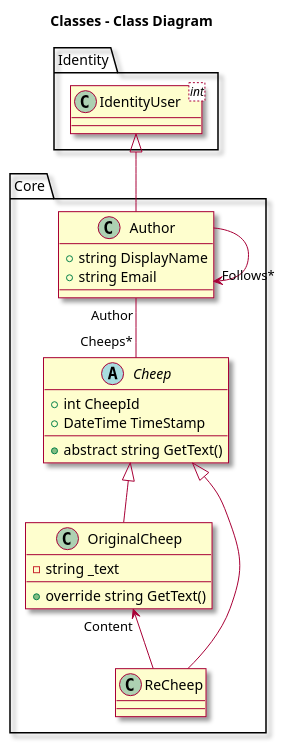
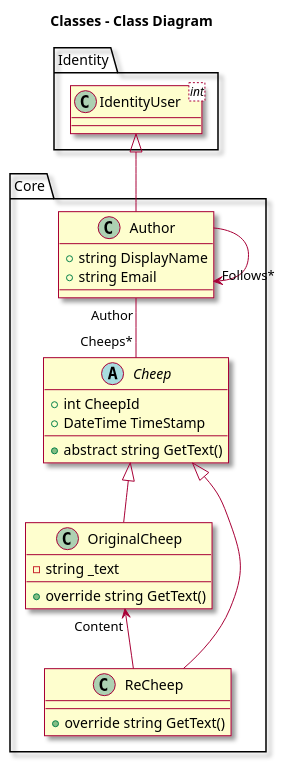
The first of 14 diagrams in docs/report.md (ITU-BDSA2024-GROUP14/Chirp), drawn with PlantUML before and after one commit.

Commit message:
Add line to class diagram

````diff
--- a/docs/report.md
+++ b/docs/report.md
@@ -29,38 +29,40 @@
 ```plantUML
 @startuml
 
 skin rose
 
 title Classes - Class Diagram
 
 package Identity{
   class IdentityUser<int>
 }
 
 package Core {
   class Author {
     +string DisplayName
     +string Email
   }
   
   abstract class Cheep {
     +int CheepId
     +DateTime TimeStamp
     +abstract string GetText()
   }
   class OriginalCheep {
     -string _text
     +override string GetText()
   }
-  class ReCheep
+  class ReCheep {
+      +override string GetText()
+  }
 }
 
 Author "Author" -- "Cheeps*" Cheep
 Author --> "Follows*"Author
 Cheep <|-- OriginalCheep
 Cheep <|-- ReCheep
 OriginalCheep "Content" <-- ReCheep
 IdentityUser <|-- Author
 
 @enduml
 ```
````
